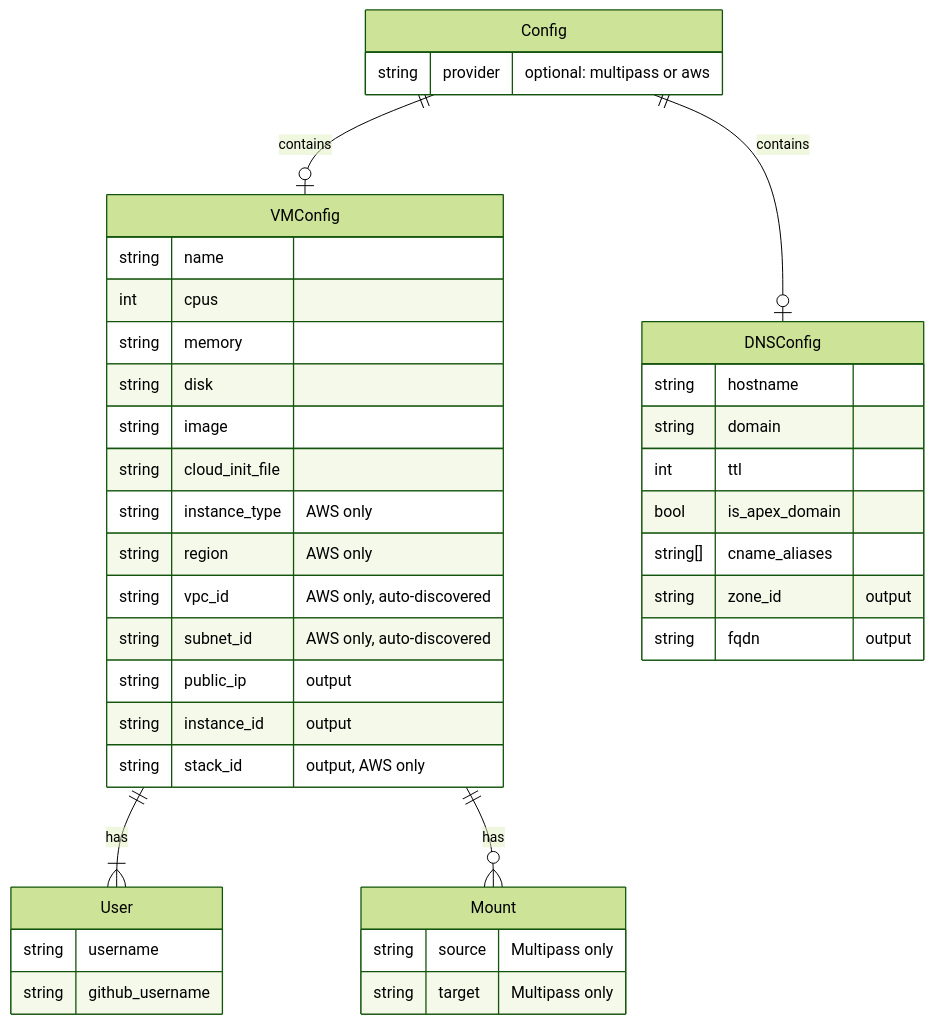
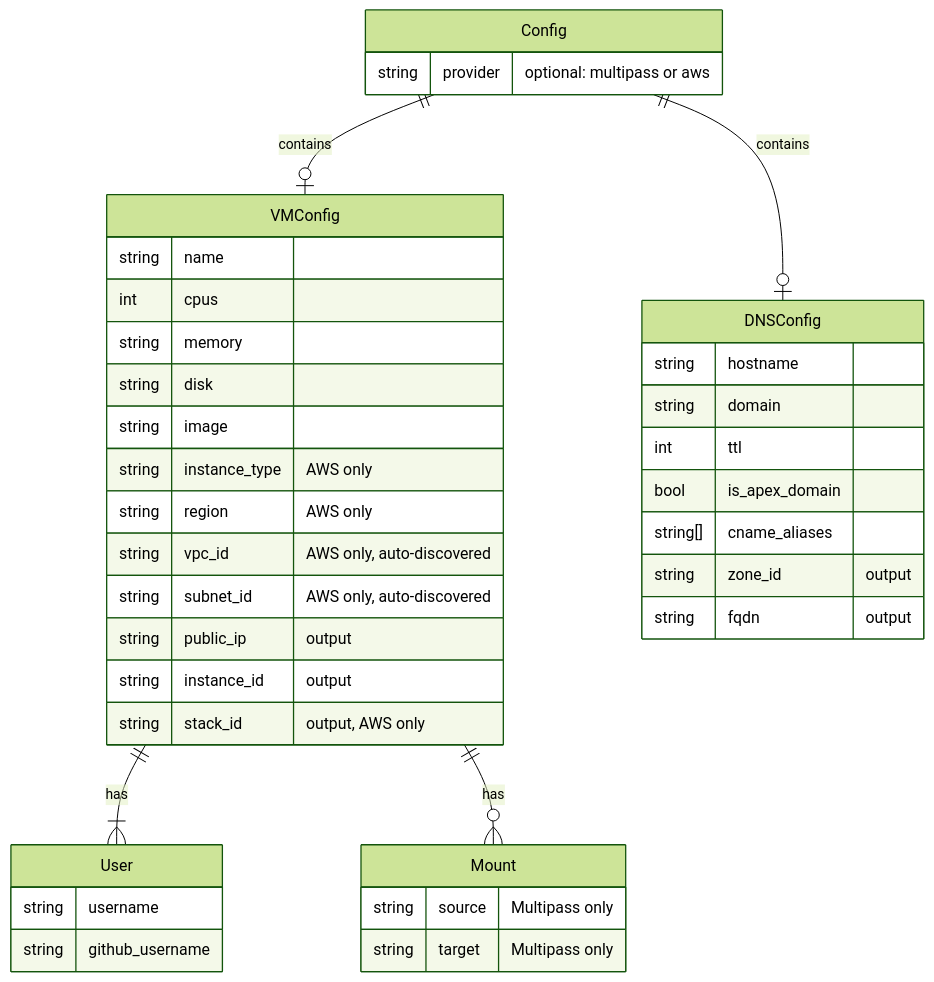
The fifth of 11 diagrams in docs/DESIGN.md (emergingrobotics/goloo), drawn with Mermaid (forest theme) before and after one commit. The commit also changed other lines of this file and 24 other files, not shown here.

````diff
--- a/docs/DESIGN.md
+++ b/docs/DESIGN.md
@@ -267,47 +267,46 @@
 ```mermaid
 erDiagram
     Config ||--o| VMConfig : contains
     Config ||--o| DNSConfig : contains
     VMConfig ||--|{ User : has
     VMConfig ||--o{ Mount : has
 
     Config {
         string provider "optional: multipass or aws"
     }
 
     VMConfig {
         string name
         int cpus
         string memory
         string disk
         string image
-        string cloud_init_file
         string instance_type "AWS only"
         string region "AWS only"
         string vpc_id "AWS only, auto-discovered"
         string subnet_id "AWS only, auto-discovered"
         string public_ip "output"
         string instance_id "output"
         string stack_id "output, AWS only"
     }
 
     User {
         string username
         string github_username
     }
 
     Mount {
         string source "Multipass only"
         string target "Multipass only"
     }
 
     DNSConfig {
         string hostname
         string domain
         int ttl
         bool is_apex_domain
         string[] cname_aliases
         string zone_id "output"
         string fqdn "output"
     }
 ```
````
